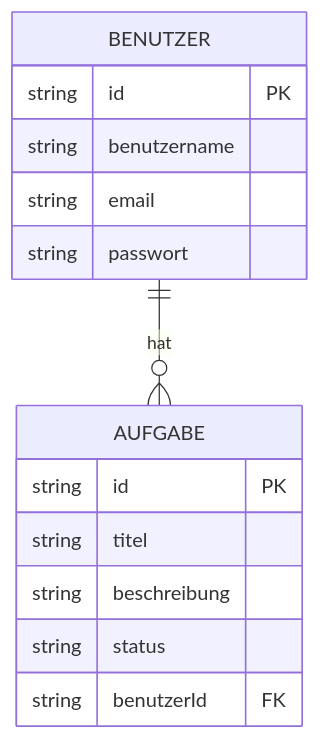
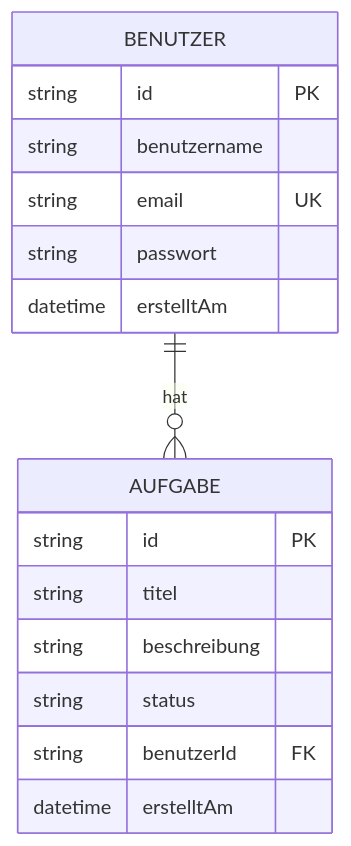
Before and after one commit to OlhaKhodakivska/aufgaben-verwaltung-api: the diagram in README.md, drawn with Mermaid. The commit also changed other lines of this file and 11 other files, not shown here.

````diff
--- a/README.md
+++ b/README.md
@@ -15,17 +20,19 @@
 ```mermaid
 erDiagram
     BENUTZER ||--o{ AUFGABE : "hat"
     BENUTZER {
         string id PK
         string benutzername
-        string email
+        string email UK
         string passwort
+        datetime erstelltAm
     }
     AUFGABE {
         string id PK
         string titel
         string beschreibung
         string status
         string benutzerId FK
+        datetime erstelltAm
     }
 ```
````
